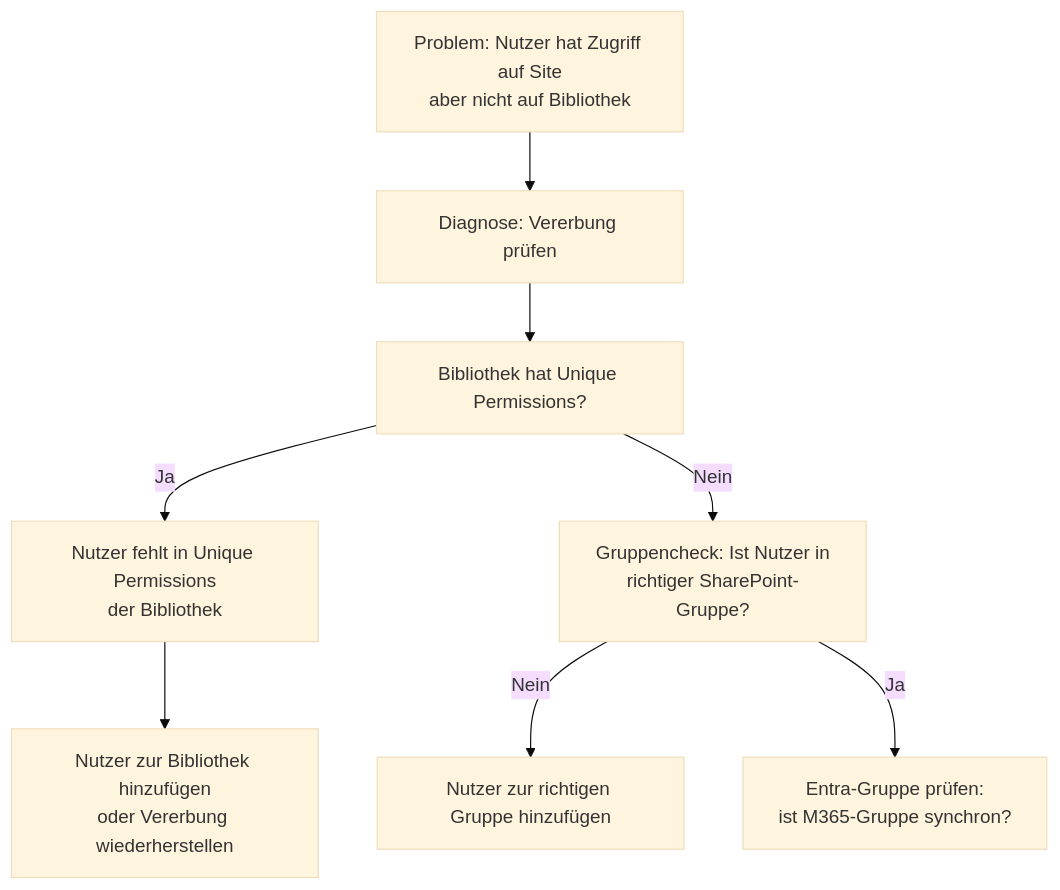
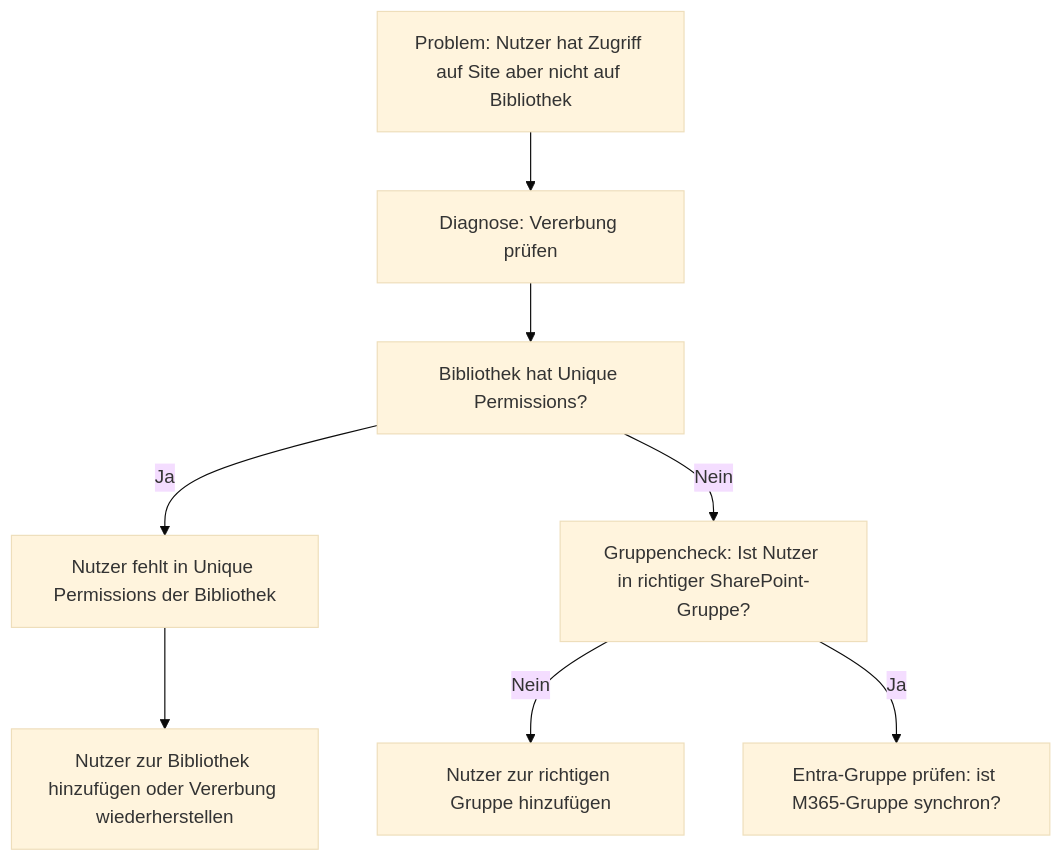
One commit to SoniiiT/notes-n-docs changed the ninth of 9 diagrams in Microsoft 365/SharePoint OneDrive/Berechtigungen und Sharing.md. Above: the diagram before and after it, drawn with Mermaid (base theme). The commit also changed other lines of this file and 124 other files, not shown here.

First line of the commit message:
fix: Entferne \n aus allen Mermaid-Diagrammen (125 Dateien)

````diff
--- a/Microsoft 365/SharePoint OneDrive/Berechtigungen und Sharing.md
+++ b/Microsoft 365/SharePoint OneDrive/Berechtigungen und Sharing.md
@@ -647,10 +647,10 @@
 ```mermaid
 graph TD
-    P[Problem: Nutzer hat Zugriff auf Site\naber nicht auf Bibliothek] --> D1[Diagnose: Vererbung prüfen]
+    P[Problem: Nutzer hat Zugriff auf Site aber nicht auf Bibliothek] --> D1[Diagnose: Vererbung prüfen]
     D1 --> D2[Bibliothek hat Unique Permissions?]
-    D2 -->|Ja| L[Nutzer fehlt in Unique Permissions\nder Bibliothek]
-    D2 -->|Nein| D3[Gruppencheck: Ist Nutzer in\nrichtiger SharePoint-Gruppe?]
-    L --> F1[Nutzer zur Bibliothek hinzufügen\noder Vererbung wiederherstellen]
+    D2 -->|Ja| L[Nutzer fehlt in Unique Permissions der Bibliothek]
+    D2 -->|Nein| D3[Gruppencheck: Ist Nutzer in richtiger SharePoint-Gruppe?]
+    L --> F1[Nutzer zur Bibliothek hinzufügen oder Vererbung wiederherstellen]
     D3 -->|Nein| F2[Nutzer zur richtigen Gruppe hinzufügen]
-    D3 -->|Ja| F3[Entra-Gruppe prüfen:\nist M365-Gruppe synchron?]
+    D3 -->|Ja| F3[Entra-Gruppe prüfen: ist M365-Gruppe synchron?]
 ```
````
